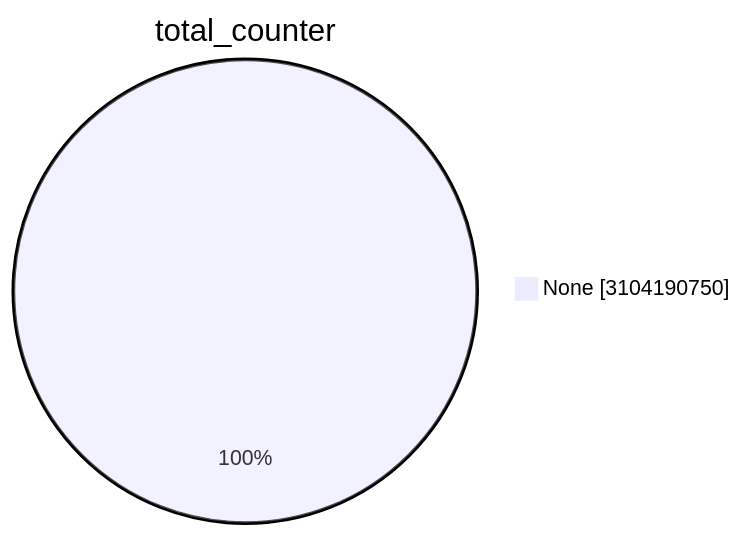
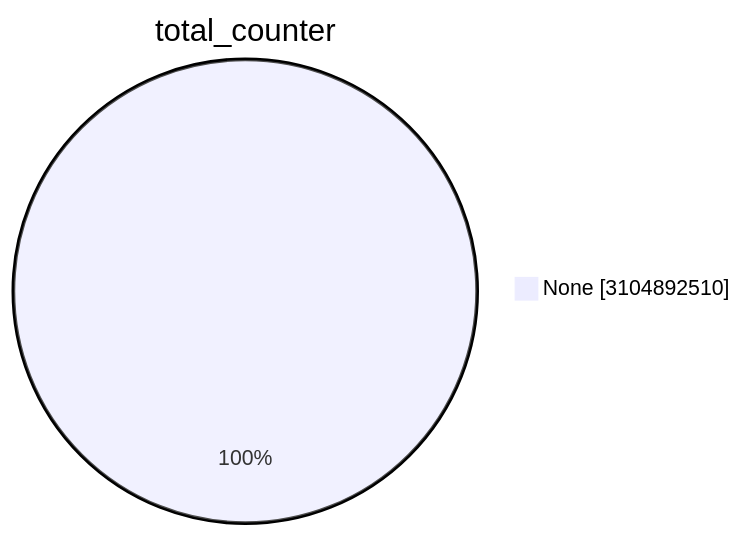
The first of 15 diagrams in TOTAL/README.md (christiankrug/ctmonitor_visualization), drawn with Mermaid before and after one commit. The commit also changed other lines of this file, not shown here.

````diff
--- a/TOTAL/README.md
+++ b/TOTAL/README.md
@@ -1,5 +1,5 @@
 ```mermaid
 pie showData
 title total_counter
-"None" :3104190750
+"None" :3104892510
 ```
````
